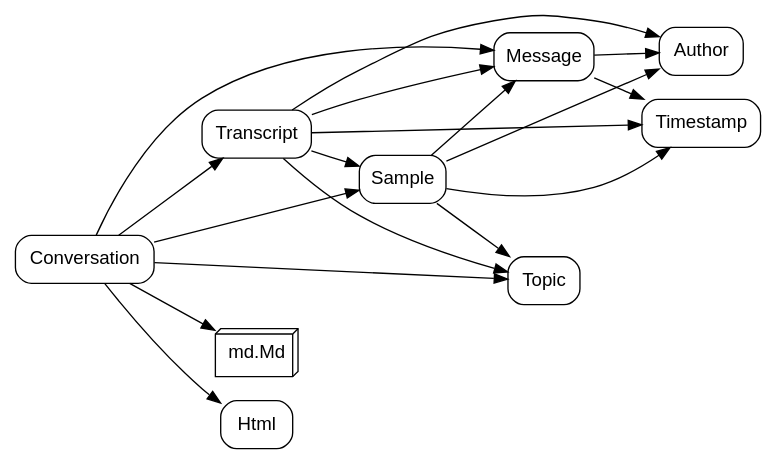
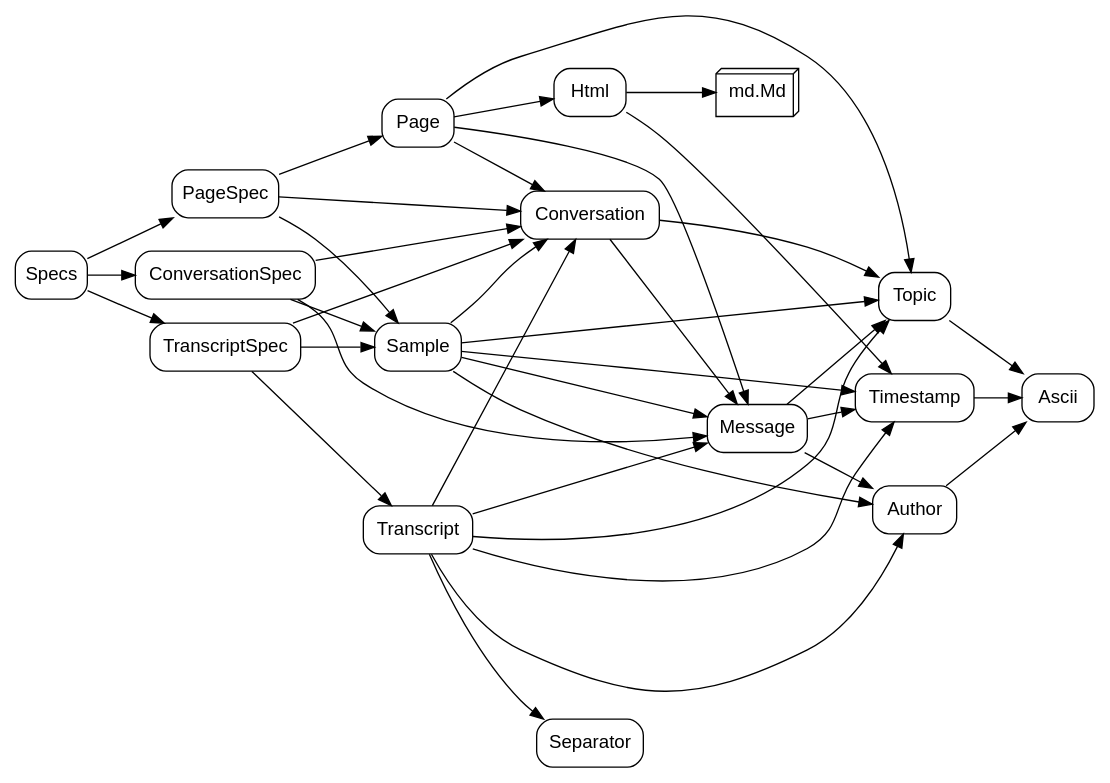
Before and after one commit to showell/essay-repl-server: the first of 2 diagrams in notes/gopher-roc-pictures.md, drawn with Graphviz. The commit also changed other lines of this file and 2 other files, not shown here.

````diff
--- a/notes/gopher-roc-pictures.md
+++ b/notes/gopher-roc-pictures.md
@@ -7,32 +7,59 @@
 ```dot
 digraph modules {
   rankdir=LR;
   node [shape=box, style=rounded, fontname="sans-serif"];
+  "Ascii";
+  "Author" -> "Ascii";
   "Author";
+  "Conversation" -> "Message";
+  "Conversation" -> "Topic";
+  "Conversation";
+  "ConversationSpec" -> "Conversation";
+  "ConversationSpec" -> "Message";
+  "ConversationSpec" -> "Sample";
+  "ConversationSpec";
   "md.Md" [shape=box3d];
-  "Conversation" -> "md.Md";
-  "Conversation" -> "Html";
-  "Conversation" -> "Message";
-  "Conversation" -> "Sample";
-  "Conversation" -> "Topic";
-  "Conversation" -> "Transcript";
-  "Conversation";
+  "Html" -> "md.Md";
+  "Html" -> "Timestamp";
   "Html";
   "Message" -> "Author";
   "Message" -> "Timestamp";
+  "Message" -> "Topic";
   "Message";
+  "Page" -> "Conversation";
+  "Page" -> "Html";
+  "Page" -> "Message";
+  "Page" -> "Topic";
+  "Page";
+  "PageSpec" -> "Conversation";
+  "PageSpec" -> "Page";
+  "PageSpec" -> "Sample";
+  "PageSpec";
   "Sample" -> "Author";
+  "Sample" -> "Conversation";
   "Sample" -> "Message";
   "Sample" -> "Timestamp";
   "Sample" -> "Topic";
   "Sample";
+  "Separator";
+  "Specs" -> "ConversationSpec";
+  "Specs" -> "PageSpec";
+  "Specs" -> "TranscriptSpec";
+  "Specs";
+  "Timestamp" -> "Ascii";
   "Timestamp";
+  "Topic" -> "Ascii";
   "Topic";
   "Transcript" -> "Author";
+  "Transcript" -> "Conversation";
   "Transcript" -> "Message";
-  "Transcript" -> "Sample";
+  "Transcript" -> "Separator";
   "Transcript" -> "Timestamp";
   "Transcript" -> "Topic";
   "Transcript";
+  "TranscriptSpec" -> "Conversation";
+  "TranscriptSpec" -> "Sample";
+  "TranscriptSpec" -> "Transcript";
+  "TranscriptSpec";
 }
 ```
````
